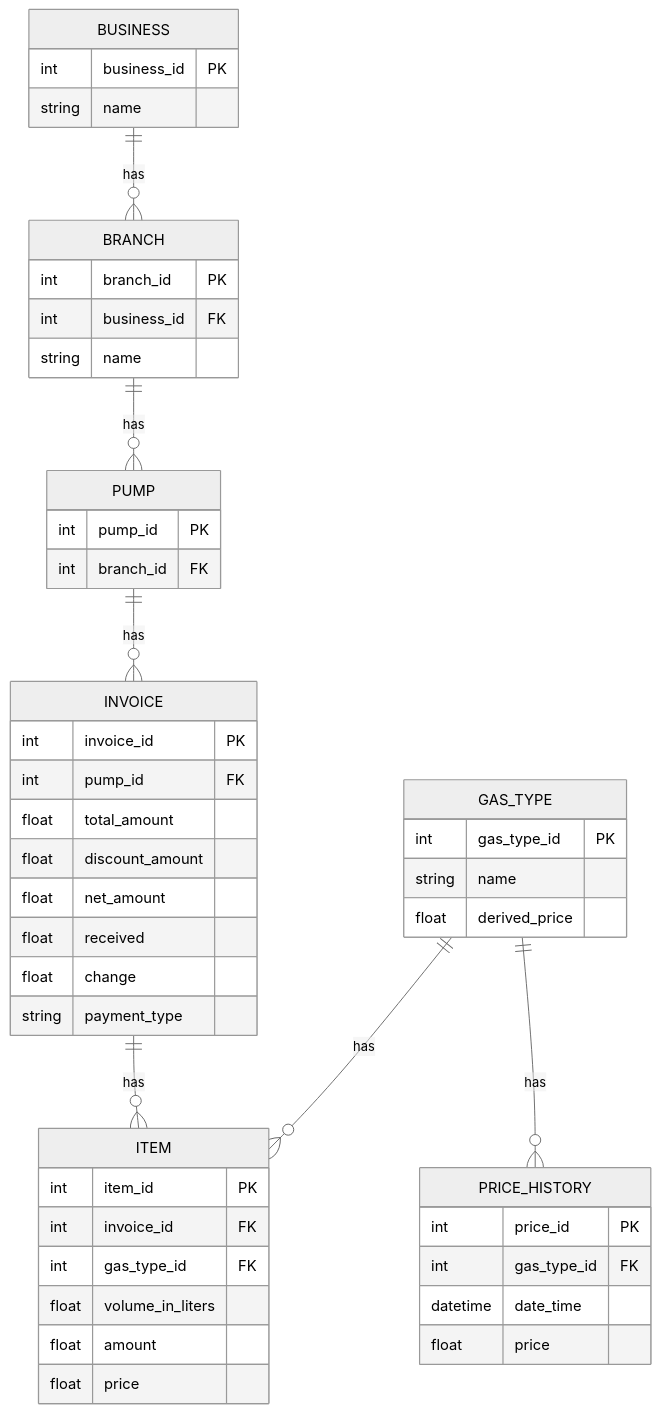
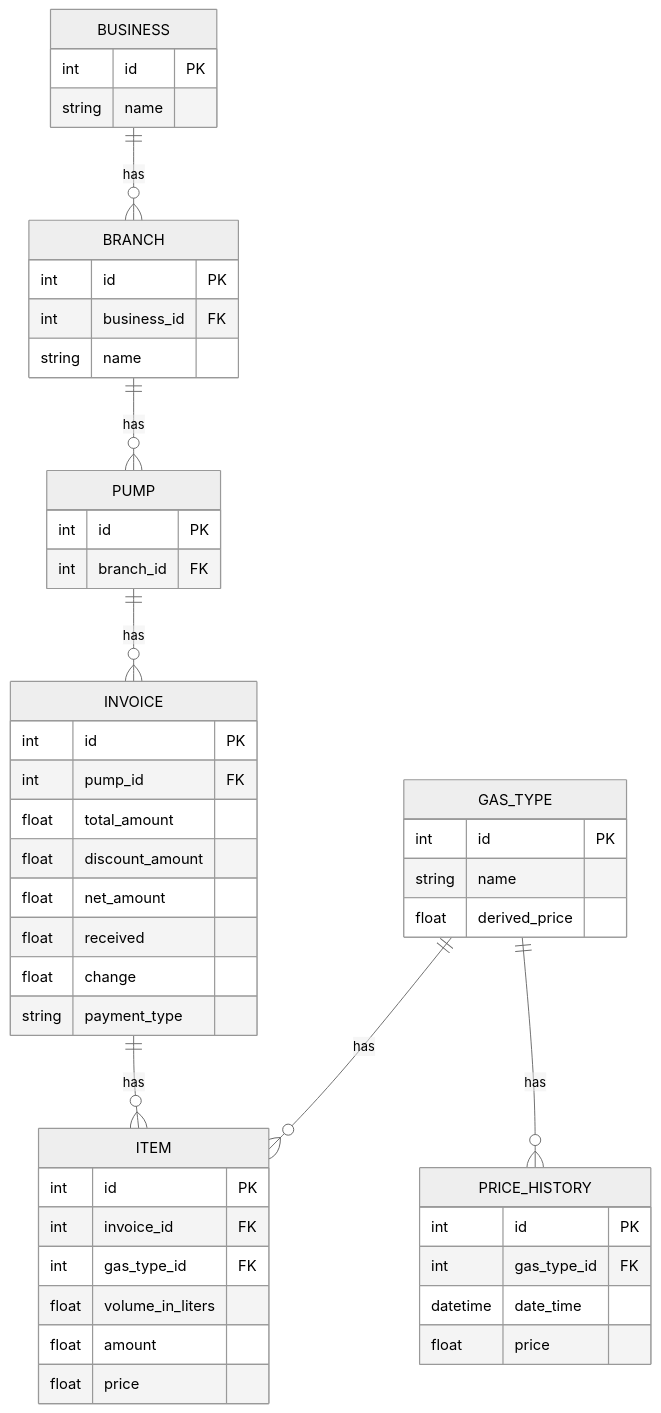
One commit to aungkoman/aungkoman.github.io changed the diagram in _posts/2026-07-15-crud-using-postman.md. Above: the diagram before and after it, drawn with Mermaid (neutral theme).

````diff
--- a/_posts/2026-07-15-crud-using-postman.md
+++ b/_posts/2026-07-15-crud-using-postman.md
@@ -16,60 +16,62 @@
 ```Mermaid
+
 erDiagram
     BUSINESS {
-        int business_id PK
+        int id PK
         string name
     }
     
     BRANCH {
-        int branch_id PK
+        int id PK
         int business_id FK
         string name
     }
     
     PUMP {
-        int pump_id PK
+        int id PK
         int branch_id FK
     }
     
     INVOICE {
-        int invoice_id PK
+        int id PK
         int pump_id FK
         float total_amount
         float discount_amount
         float net_amount
         float received
         float change
         string payment_type
     }
     
     ITEM {
-        int item_id PK
+        int id PK
         int invoice_id FK
         int gas_type_id FK
         float volume_in_liters
         float amount
         float price
     }
     
     GAS_TYPE {
-        int gas_type_id PK
+        int id PK
         string name
         float derived_price
     }
     
     PRICE_HISTORY {
-        int price_id PK
+        int id PK
         int gas_type_id FK
         datetime date_time
         float price
     }
 
     %% Relationships
     BUSINESS ||--o{ BRANCH : "has"
     BRANCH ||--o{ PUMP : "has"
     PUMP ||--o{ INVOICE : "has"
     INVOICE ||--o{ ITEM : "has"
     GAS_TYPE ||--o{ ITEM : "has"
     GAS_TYPE ||--o{ PRICE_HISTORY : "has"
+    
 
 ```
````
